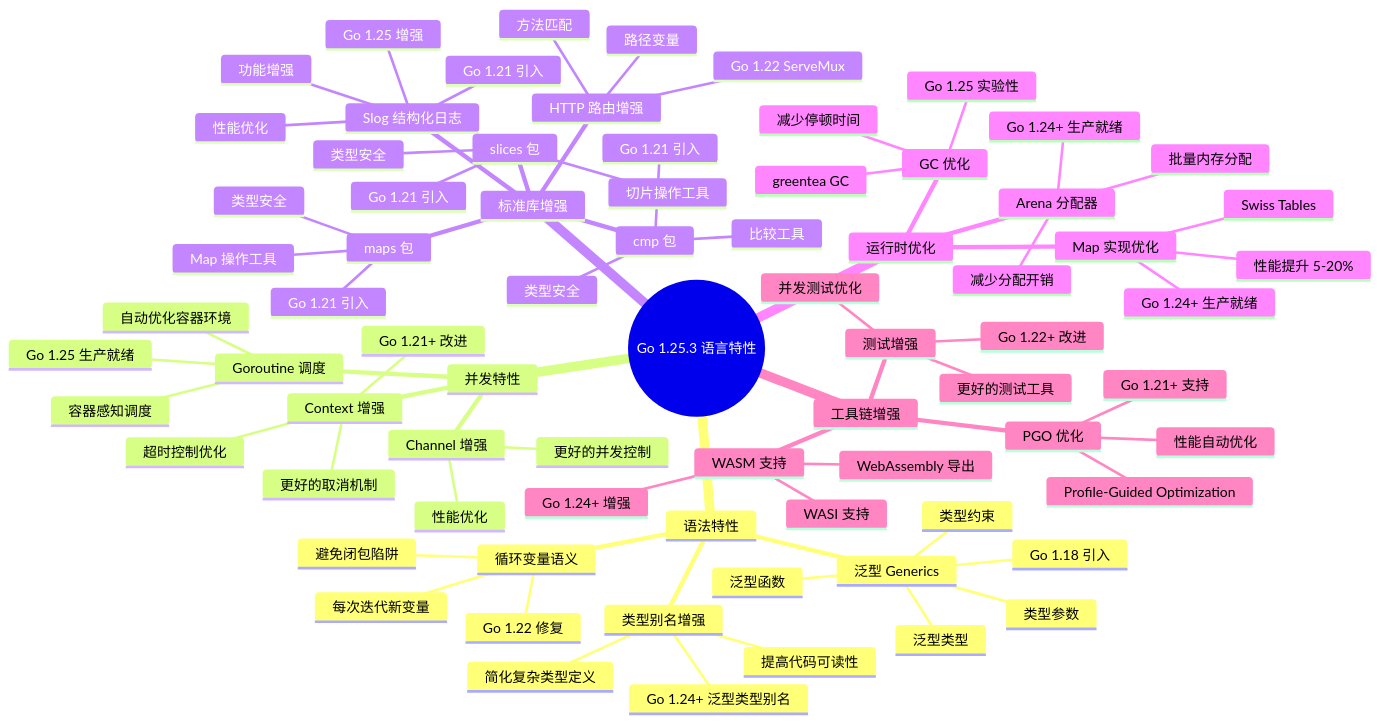
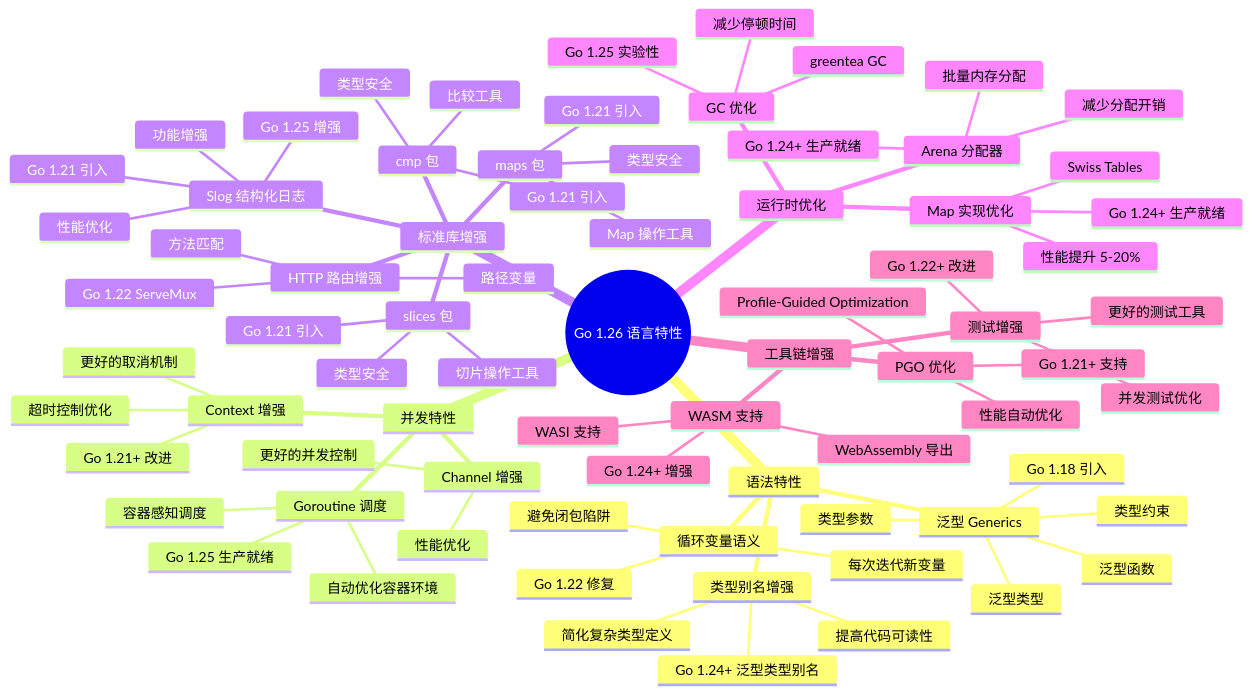
The first of 7 diagrams in docs/architecture/00-Go-1.25.3技术栈对齐.md (AdaMartin18010/golang), drawn with Mermaid before and after one commit. The commit also changed other lines of this file and 523 other files, not shown here.

````diff
--- a/docs/architecture/00-Go-1.25.3技术栈对齐.md
+++ b/docs/architecture/00-Go-1.25.3技术栈对齐.md
@@ -50,79 +50,79 @@
 ```mermaid
 mindmap
-  root((Go 1.25.3 语言特性))
+  root((Go 1.26 语言特性))
     语法特性
       泛型 Generics
         Go 1.18 引入
         类型参数
         类型约束
         泛型函数
         泛型类型
       类型别名增强
         Go 1.24+ 泛型类型别名
         简化复杂类型定义
         提高代码可读性
       循环变量语义
         Go 1.22 修复
         每次迭代新变量
         避免闭包陷阱
     并发特性
       Context 增强
         Go 1.21+ 改进
         更好的取消机制
         超时控制优化
       Goroutine 调度
         容器感知调度
         Go 1.25 生产就绪
         自动优化容器环境
       Channel 增强
         性能优化
         更好的并发控制
     标准库增强
       Slog 结构化日志
         Go 1.21 引入
         Go 1.25 增强
         性能优化
         功能增强
       HTTP 路由增强
         Go 1.22 ServeMux
         方法匹配
         路径变量
       slices 包
         Go 1.21 引入
         切片操作工具
         类型安全
       maps 包
         Go 1.21 引入
         Map 操作工具
         类型安全
       cmp 包
         Go 1.21 引入
         比较工具
         类型安全
     运行时优化
       GC 优化
         greentea GC
         Go 1.25 实验性
         减少停顿时间
       Map 实现优化
         Swiss Tables
         Go 1.24+ 生产就绪
         性能提升 5-20%
       Arena 分配器
         Go 1.24+ 生产就绪
         批量内存分配
         减少分配开销
     工具链增强
       PGO 优化
         Profile-Guided Optimization
         Go 1.21+ 支持
         性能自动优化
       测试增强
         Go 1.22+ 改进
         更好的测试工具
         并发测试优化
       WASM 支持
         Go 1.24+ 增强
         WASI 支持
         WebAssembly 导出
 ```
````
